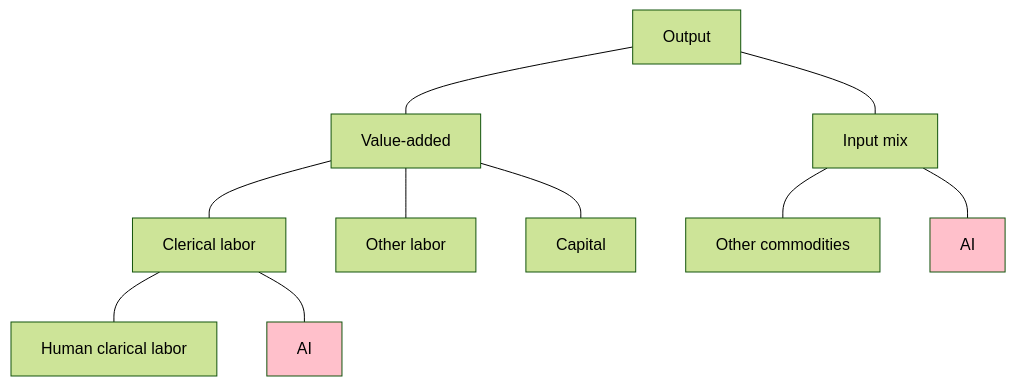
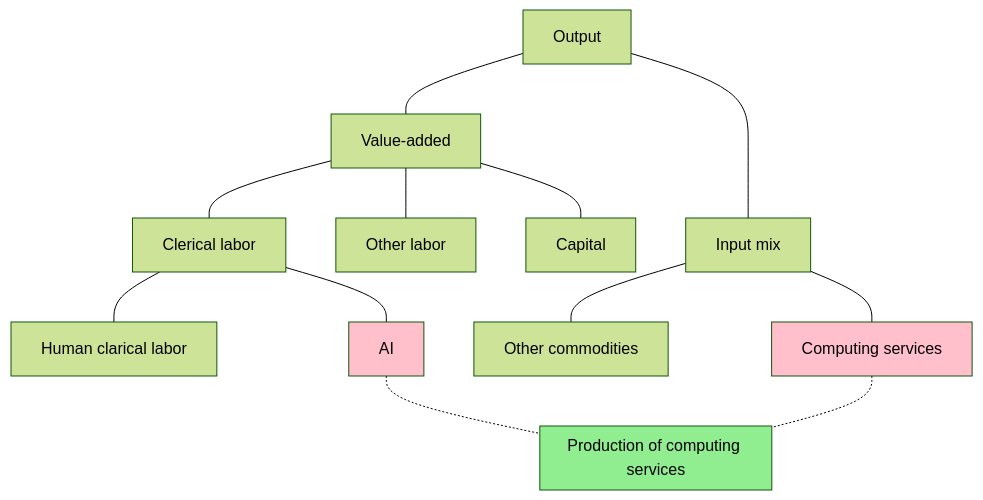
The diagram in model.qmd (mivanic/ai-paper), drawn with Mermaid (forest theme) before and after one commit.

Commit message:
Corrected the chart

````diff
--- a/model.qmd
+++ b/model.qmd
@@ -15,18 +15,24 @@
 ```{mermaid}
 %%| fig-cap: "Inroduction of AI in the production function"
 %%| label: fig-AI-GTAP
 %%| fig-width: 6.5
 flowchart TB
   O[Output] --- VA[Value-added]
   O --- I[Input mix]
   VA --- LC[Clerical labor]
   VA --- LO[Other labor]
   VA --- K[Capital]
   I --- CO[Other commodities]
-  I --- AI[AI]
+  I --- AI[Computing services]
   LC --- HLC[Human clarical labor]
   LC --- AILC[AI]
+  AILC-.-CS
+  AI-.-CS
+subgraph CS [Production of computing services]
+
+end
 
 style AI fill:pink
 style AILC fill:pink
+style CS fill:lightgreen
 ```
````
